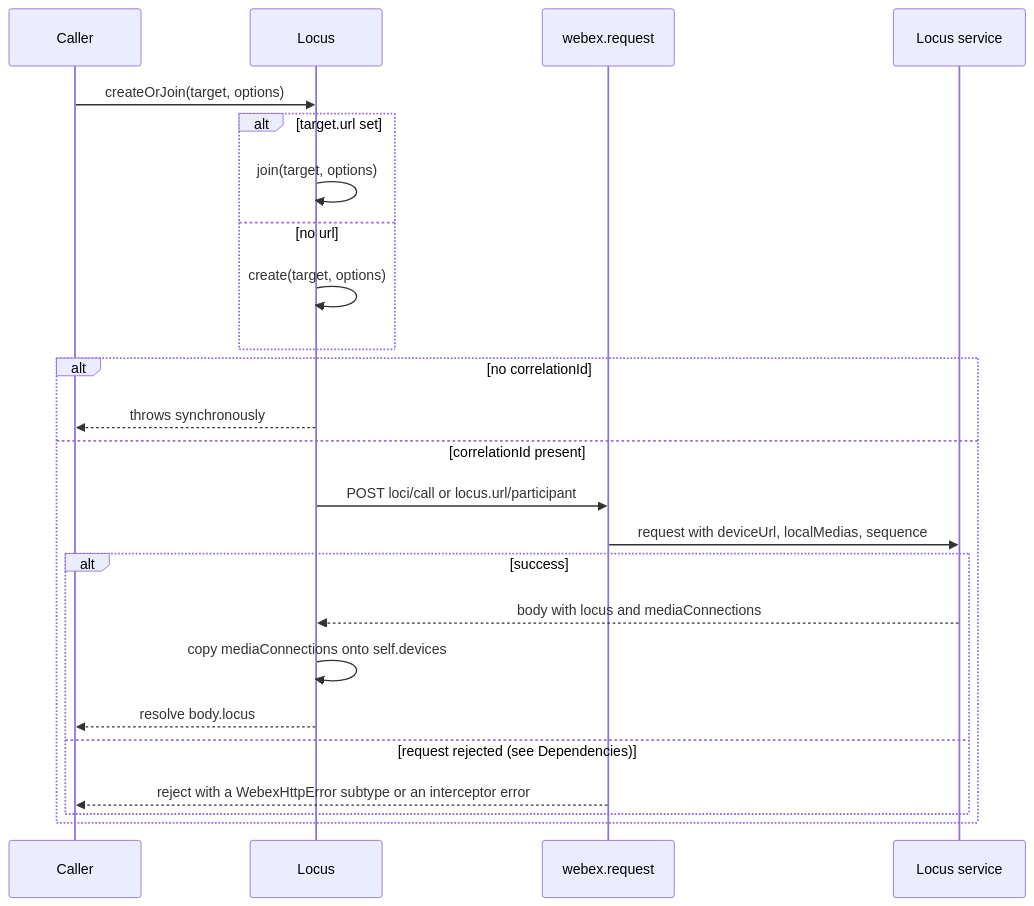
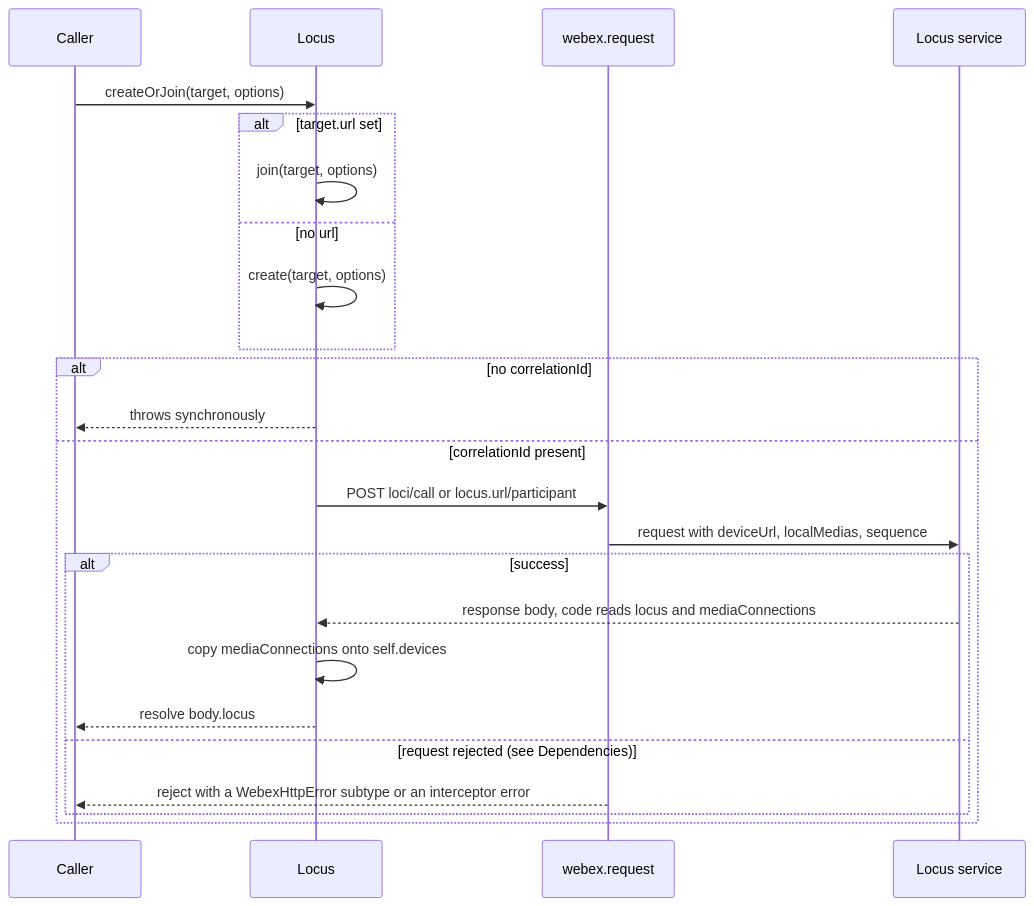
Before and after one commit to webex/webex-js-sdk: the first of 5 diagrams in packages/@webex/internal-plugin-locus/src/docs/README.md, drawn with Mermaid. The commit also changed other lines of this file and 5 other files, not shown here.

````diff
--- a/packages/@webex/internal-plugin-locus/src/docs/README.md
+++ b/packages/@webex/internal-plugin-locus/src/docs/README.md
@@ -204,26 +204,26 @@
 ```mermaid
 sequenceDiagram
   participant Caller
   participant Locus
   participant Request as webex.request
   participant Service as Locus service
   Caller->>Locus: createOrJoin(target, options)
   alt target.url set
     Locus->>Locus: join(target, options)
   else no url
     Locus->>Locus: create(target, options)
   end
   alt no correlationId
     Locus-->>Caller: throws synchronously
   else correlationId present
     Locus->>Request: POST loci/call or locus.url/participant
     Request->>Service: request with deviceUrl, localMedias, sequence
     alt success
-      Service-->>Locus: body with locus and mediaConnections
+      Service-->>Locus: response body, code reads locus and mediaConnections
       Locus->>Locus: copy mediaConnections onto self.devices
       Locus-->>Caller: resolve body.locus
     else request rejected (see Dependencies)
       Request-->>Caller: reject with a WebexHttpError subtype or an interceptor error
     end
   end
 ```
````
